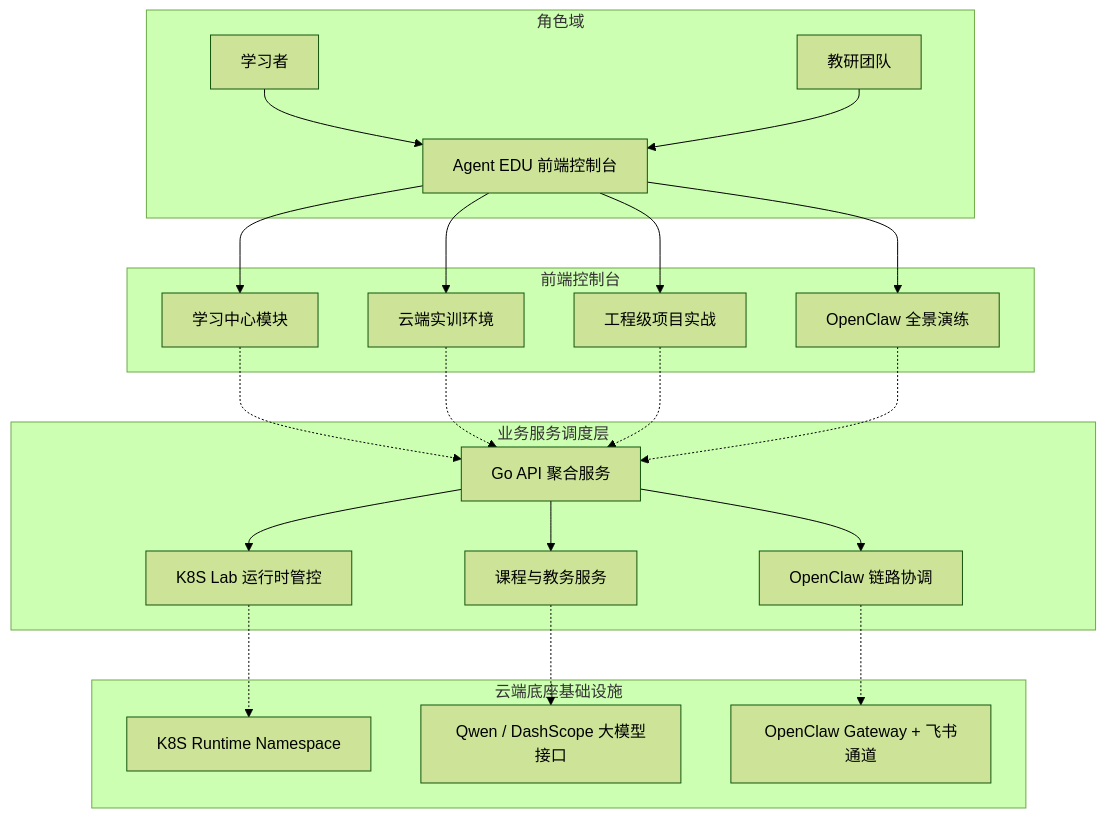
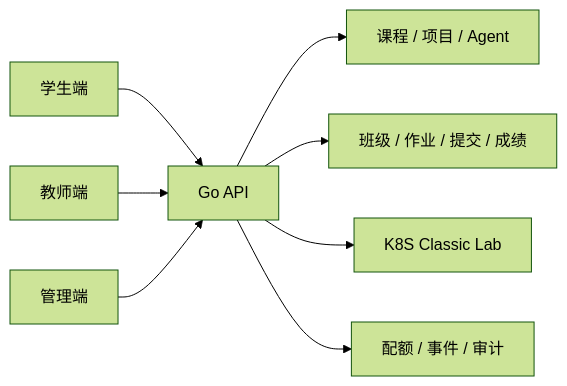
The diagram in EDU_Frontend/src/docs/architecture/产品结构与功能模块.md (sospink/ai-edu-agent), drawn with Mermaid (forest theme) before and after one commit. The commit also changed other lines of this file and 142 other files, not shown here.

Commit message:
refactor: retire OpenClaw module

````diff
--- a/EDU_Frontend/src/docs/architecture/产品结构与功能模块.md
+++ b/EDU_Frontend/src/docs/architecture/产品结构与功能模块.md
@@ -11,31 +7,10 @@
 ```mermaid
-graph TB
-    subgraph Role [角色域]
-        S["学习者"] --> FE["Agent EDU 前端控制台"]
-        T["教研团队"] --> FE
-    end
-
-    subgraph FEConsole [前端控制台]
-        FE --> STUDY["学习中心模块"]
-        FE --> LAB["云端实训环境"]
-        FE --> PROJ["工程级项目实战"]
-        FE --> CLAW["OpenClaw 全景演练"]
-    end
-
-    subgraph BEService [业务服务调度层]
-        STUDY -.-> API["Go API 聚合服务"]
-        LAB -.-> API
-        PROJ -.-> API
-        CLAW -.-> API
-        
-        API --> COURSE_SVC["课程与教务服务"]
-        API --> LAB_SVC["K8S Lab 运行时管控"]
-        API --> OC_SVC["OpenClaw 链路协调"]
-    end
-
-    subgraph Infra [云端底座基础设施]
-        LAB_SVC -.-> K8S["K8S Runtime Namespace"]
-        COURSE_SVC -.-> LLM["Qwen / DashScope 大模型接口"]
-        OC_SVC -.-> GATEWAY["OpenClaw Gateway + 飞书通道"]
-    end
+flowchart LR
+  Student["学生端"] --> API["Go API"]
+  Teacher["教师端"] --> API
+  Admin["管理端"] --> API
+  API --> Content["课程 / 项目 / Agent"]
+  API --> Teaching["班级 / 作业 / 提交 / 成绩"]
+  API --> Lab["K8S Classic Lab"]
+  API --> Ops["配额 / 事件 / 审计"]
 ```
````
